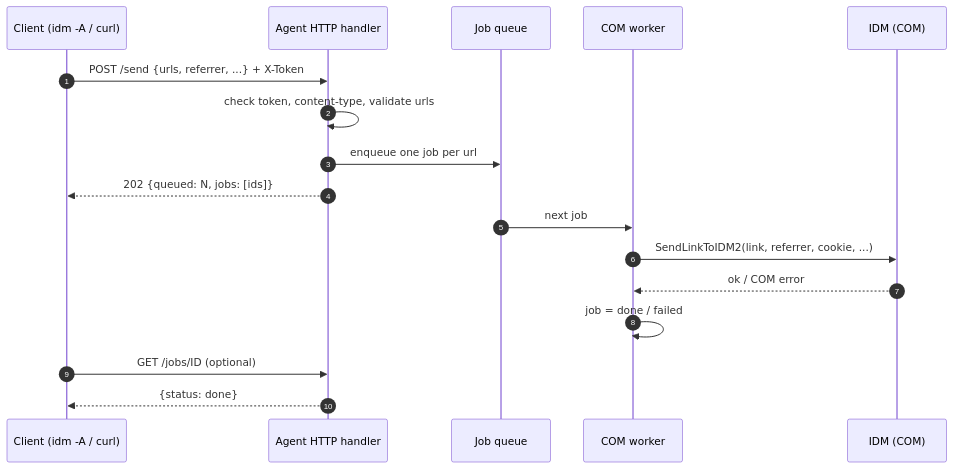
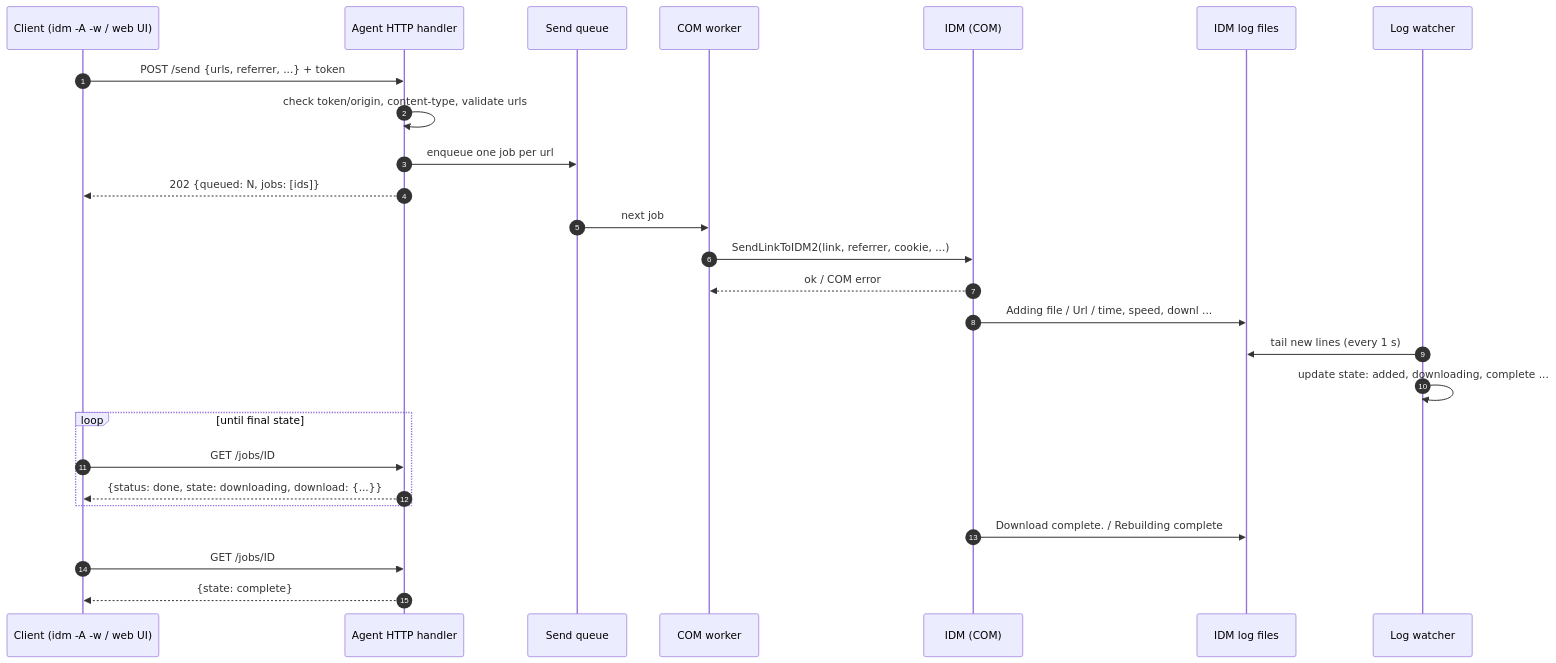
The fourth of 6 diagrams in README.md (cumulus13/pyidm), drawn with Mermaid before and after one commit. The commit also changed other lines of this file and 12 other files, not shown here.

````diff
--- a/README.md
+++ b/README.md
@@ -195,20 +255,29 @@
 ```mermaid
 sequenceDiagram
     autonumber
-    participant Client as Client (idm -A / curl)
+    participant Client as Client (idm -A -w / web UI)
     participant HTTP as Agent HTTP handler
-    participant Queue as Job queue
+    participant Queue as Send queue
     participant Worker as COM worker
     participant IDM as IDM (COM)
+    participant Log as IDM log files
+    participant Watch as Log watcher
 
-    Client->>HTTP: POST /send {urls, referrer, ...} + X-Token
-    HTTP->>HTTP: check token, content-type, validate urls
+    Client->>HTTP: POST /send {urls, referrer, ...} + token
+    HTTP->>HTTP: check token/origin, content-type, validate urls
     HTTP->>Queue: enqueue one job per url
     HTTP-->>Client: 202 {queued: N, jobs: [ids]}
     Queue->>Worker: next job
     Worker->>IDM: SendLinkToIDM2(link, referrer, cookie, ...)
     IDM-->>Worker: ok / COM error
-    Worker->>Worker: job = done / failed
-    Client->>HTTP: GET /jobs/ID (optional)
-    HTTP-->>Client: {status: done}
+    IDM->>Log: Adding file / Url / time, speed, downl ...
+    Watch->>Log: tail new lines (every 1 s)
+    Watch->>Watch: update state: added, downloading, complete ...
+    loop until final state
+        Client->>HTTP: GET /jobs/ID
+        HTTP-->>Client: {status: done, state: downloading, download: {...}}
+    end
+    IDM->>Log: Download complete. / Rebuilding complete
+    Client->>HTTP: GET /jobs/ID
+    HTTP-->>Client: {state: complete}
 ```
````
